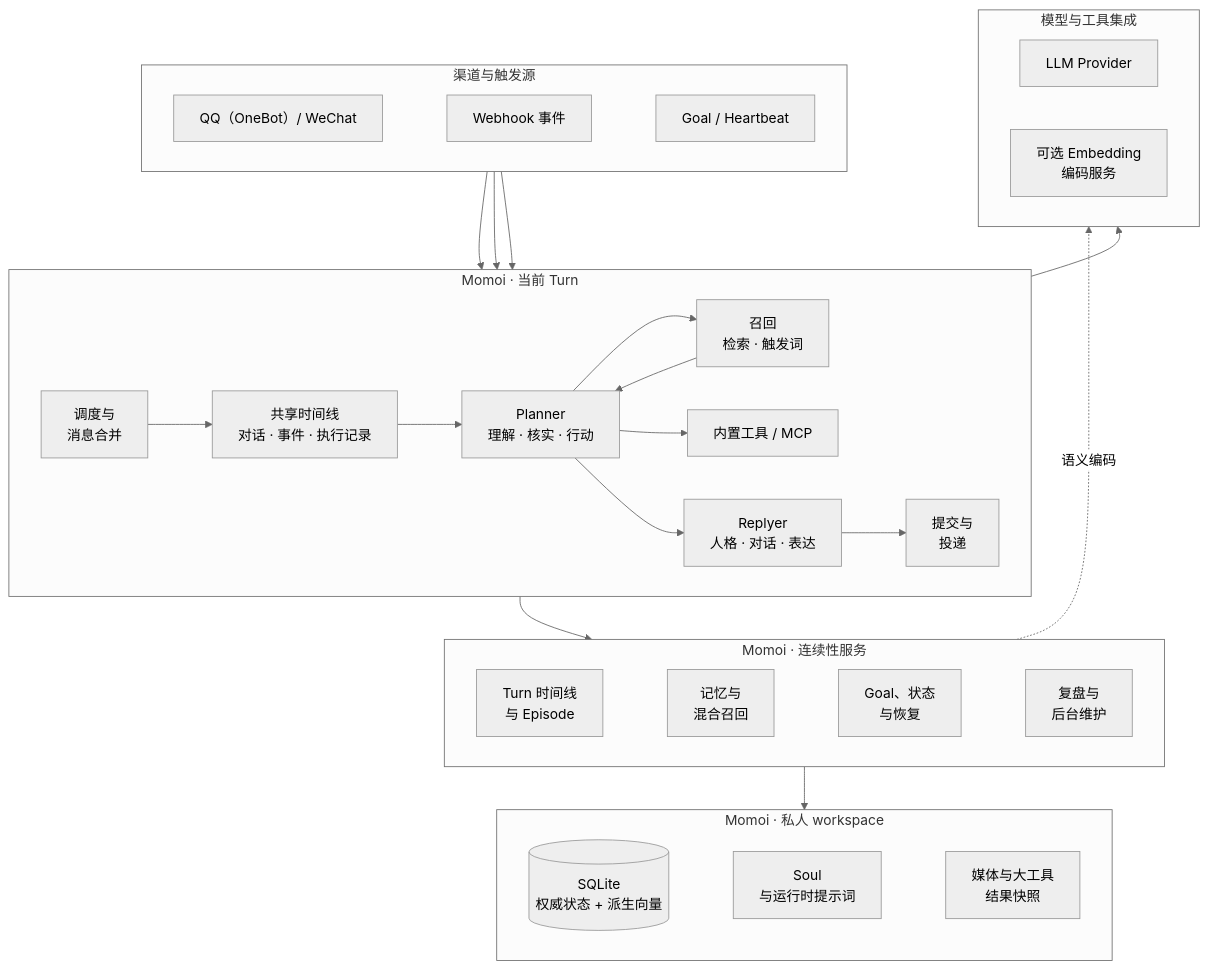
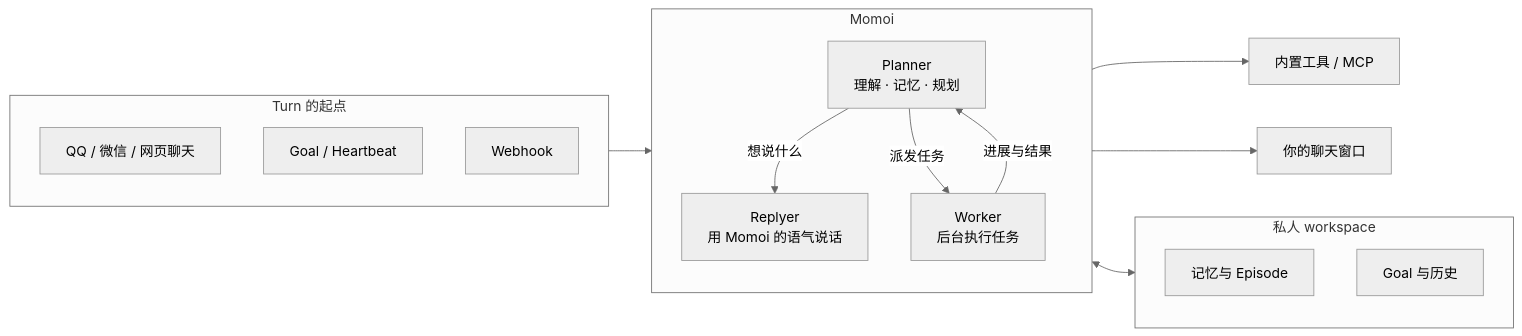
One commit to RicterZ/Momoi changed the first of 2 diagrams in README.zh-CN.md. Above: the diagram before and after it, drawn with Mermaid (neutral theme). The commit also changed other lines of this file and 1 other file, not shown here.

Commit message:
docs: rewrite README around Planner / Replyer / Worker from a product view

````diff
--- a/README.zh-CN.md
+++ b/README.zh-CN.md
@@ -37,57 +31,32 @@
 ```mermaid
-flowchart TB
-  subgraph triggers["渠道与触发源"]
-    direction LR
-    chat["QQ（OneBot）/ WeChat"]
-    webhook["Webhook 事件"]
+flowchart LR
+  subgraph inputs["Turn 的起点"]
+    direction TB
+    chat["QQ / 微信 / 网页聊天"]
     clock["Goal / Heartbeat"]
-    chat ~~~ webhook ~~~ clock
+    webhook["Webhook"]
   end
 
-  subgraph active["Momoi · 当前 Turn"]
-    direction LR
-    intake["调度与<br/>消息合并"]
-    transcript["共享时间线<br/>对话 · 事件 · 执行记录"]
-    context["召回<br/>检索 · 触发词"]
-    agent["Planner<br/>理解 · 核实 · 行动"]
-    replyer["Replyer<br/>人格 · 对话 · 表达"]
-    delivery["提交与<br/>投递"]
-    intake --> transcript --> agent
-    agent --> context --> agent
-    agent --> tools
-    agent --> replyer --> delivery
+  subgraph momoi["Momoi"]
+    direction TB
+    planner["Planner<br/>理解 · 记忆 · 规划"]
+    replyer["Replyer<br/>用 Momoi 的语气说话"]
+    worker["Worker<br/>后台执行任务"]
+    planner -->|"想说什么"| replyer
+    planner -->|"派发任务"| worker
+    worker -->|"进展与结果"| planner
   end
 
-  subgraph continuity["Momoi · 连续性服务"]
-    direction LR
-    timeline["Turn 时间线<br/>与 Episode"]
-    memory["记忆与<br/>混合召回"]
-    time["Goal、状态<br/>与恢复"]
-    upkeep["复盘与<br/>后台维护"]
-    timeline ~~~ memory ~~~ time ~~~ upkeep
+  subgraph state["私人 workspace"]
+    direction TB
+    memory["记忆与 Episode"]
+    agenda["Goal 与历史"]
   end
 
-  subgraph workspace["Momoi · 私人 workspace"]
-    direction LR
-    sqlite[("SQLite<br/>权威状态 + 派生向量")]
-    prompts["Soul<br/>与运行时提示词"]
-    files["媒体与大工具<br/>结果快照"]
-    sqlite ~~~ prompts ~~~ files
-  end
+  tools["内置工具 / MCP"]
 
-  subgraph external["模型与工具集成"]
-    direction LR
-    llm["LLM Provider"]
-    tools["内置工具 / MCP"]
-    embedding["可选 Embedding<br/>编码服务"]
-    llm ~~~ tools ~~~ embedding
-  end
-
-  chat --> intake
-  webhook --> intake
-  clock --> intake
-  active --> continuity
-  continuity --> workspace
-  active --> external
-  continuity -. "语义编码" .-> external
+  inputs --> planner
+  planner <--> state
+  worker --> tools
+  replyer --> out["你的聊天窗口"]
 ```
````
